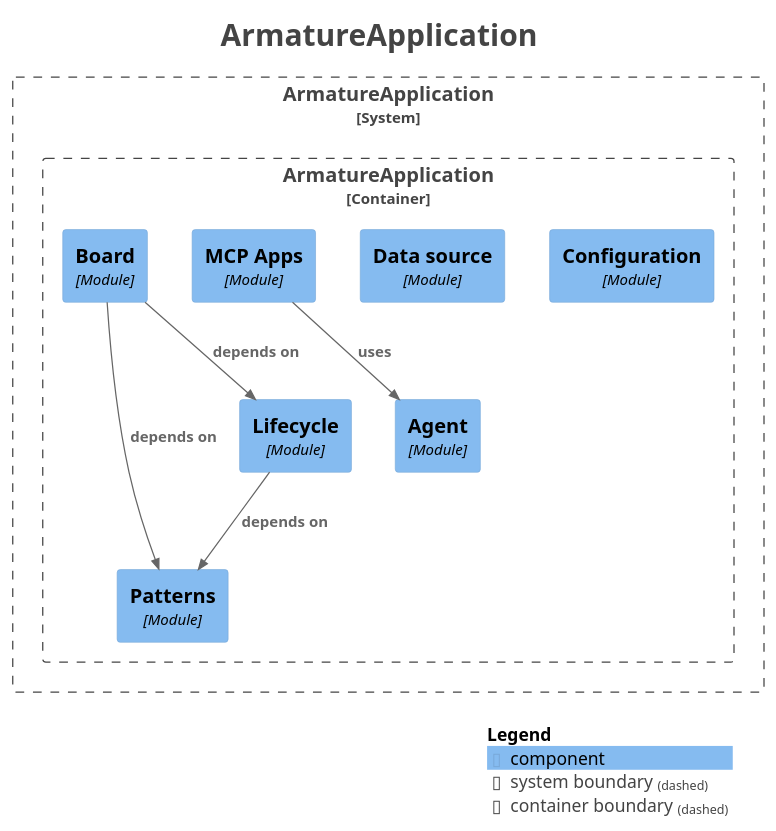
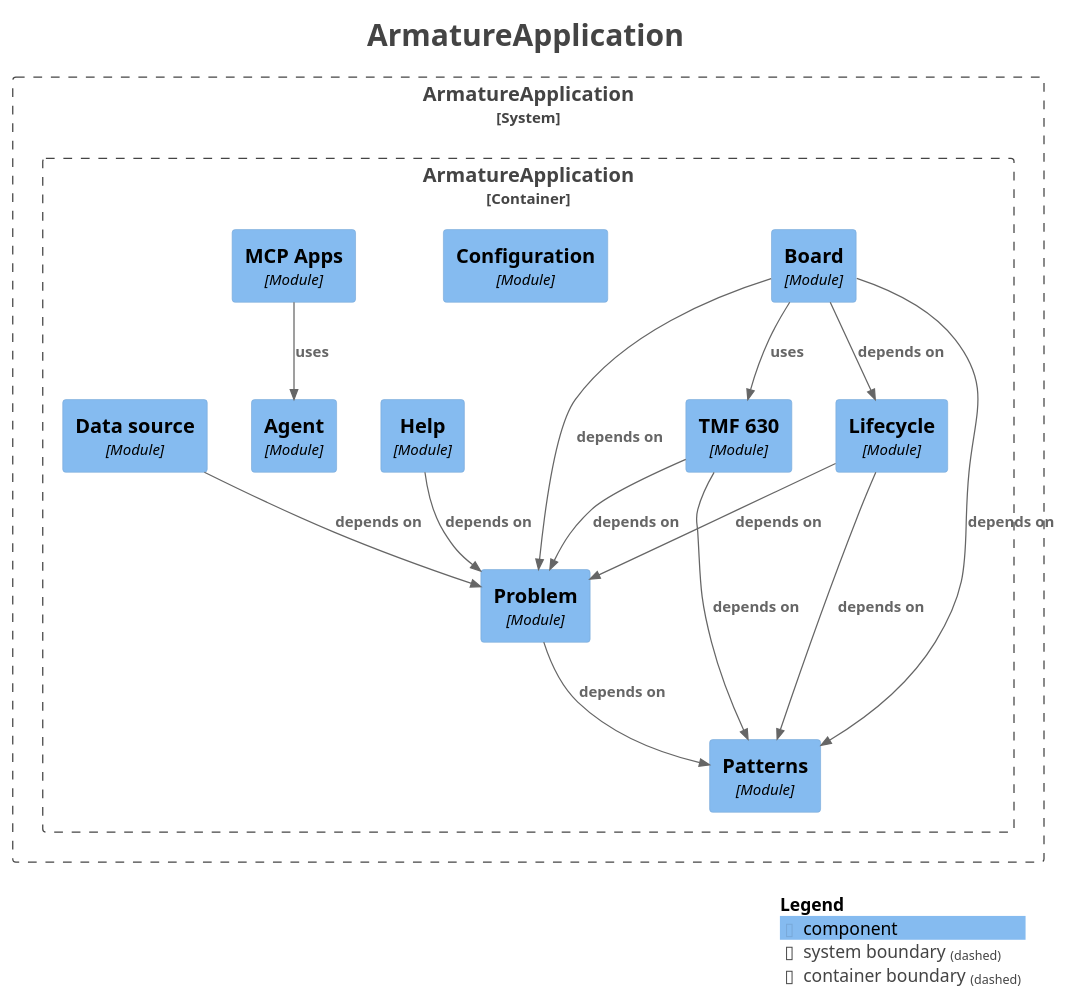
One commit to jayhamilton/armature changed the diagram in docs/architecture/modules/components.puml. Above: the diagram before and after it, drawn with PlantUML. The commit also changed 41 other files, not shown here.

Commit message:
Document INC-01a: conformance, patterns, diagrams, skills, report

```diff
--- a/docs/architecture/modules/components.puml
+++ b/docs/architecture/modules/components.puml
@@ -1,38 +1,49 @@
 @startuml
 title <size:24>ArmatureApplication</size>
 
 set separator none
 top to bottom direction
 
 <style>
   root {
     BackgroundColor: #ffffff
     FontColor: #444444
   }
 </style>
 
 !include <C4/C4>
 !include <C4/C4_Context>
 !include <C4/C4_Component>
 
 System_Boundary("ArmatureApplication_boundary", "ArmatureApplication", $tags="") {
   Container_Boundary("ArmatureApplication.ArmatureApplication_boundary", "ArmatureApplication", $tags="") {
+    Component(ArmatureApplication.ArmatureApplication.Lifecycle, "Lifecycle", $techn="Module", $descr="", $tags="", $link="")
+    Component(ArmatureApplication.ArmatureApplication.TMF630, "TMF 630", $techn="Module", $descr="", $tags="", $link="")
+    Component(ArmatureApplication.ArmatureApplication.Board, "Board", $techn="Module", $descr="", $tags="", $link="")
     Component(ArmatureApplication.ArmatureApplication.Agent, "Agent", $techn="Module", $descr="", $tags="", $link="")
     Component(ArmatureApplication.ArmatureApplication.Configuration, "Configuration", $techn="Module", $descr="", $tags="", $link="")
+    Component(ArmatureApplication.ArmatureApplication.Patterns, "Patterns", $techn="Module", $descr="", $tags="", $link="")
+    Component(ArmatureApplication.ArmatureApplication.MCPApps, "MCP Apps", $techn="Module", $descr="", $tags="", $link="")
+    Component(ArmatureApplication.ArmatureApplication.Problem, "Problem", $techn="Module", $descr="", $tags="", $link="")
     Component(ArmatureApplication.ArmatureApplication.Datasource, "Data source", $techn="Module", $descr="", $tags="", $link="")
-    Component(ArmatureApplication.ArmatureApplication.Patterns, "Patterns", $techn="Module", $descr="", $tags="", $link="")
-    Component(ArmatureApplication.ArmatureApplication.Lifecycle, "Lifecycle", $techn="Module", $descr="", $tags="", $link="")
-    Component(ArmatureApplication.ArmatureApplication.MCPApps, "MCP Apps", $techn="Module", $descr="", $tags="", $link="")
-    Component(ArmatureApplication.ArmatureApplication.Board, "Board", $techn="Module", $descr="", $tags="", $link="")
+    Component(ArmatureApplication.ArmatureApplication.Help, "Help", $techn="Module", $descr="", $tags="", $link="")
   }
 
 }
 
 Rel(ArmatureApplication.ArmatureApplication.Board, ArmatureApplication.ArmatureApplication.Lifecycle, "depends on", $techn="", $tags="", $link="")
 Rel(ArmatureApplication.ArmatureApplication.Board, ArmatureApplication.ArmatureApplication.Patterns, "depends on", $techn="", $tags="", $link="")
+Rel(ArmatureApplication.ArmatureApplication.Board, ArmatureApplication.ArmatureApplication.Problem, "depends on", $techn="", $tags="", $link="")
+Rel(ArmatureApplication.ArmatureApplication.Board, ArmatureApplication.ArmatureApplication.TMF630, "uses", $techn="", $tags="", $link="")
+Rel(ArmatureApplication.ArmatureApplication.Datasource, ArmatureApplication.ArmatureApplication.Problem, "depends on", $techn="", $tags="", $link="")
+Rel(ArmatureApplication.ArmatureApplication.Help, ArmatureApplication.ArmatureApplication.Problem, "depends on", $techn="", $tags="", $link="")
 Rel(ArmatureApplication.ArmatureApplication.Lifecycle, ArmatureApplication.ArmatureApplication.Patterns, "depends on", $techn="", $tags="", $link="")
+Rel(ArmatureApplication.ArmatureApplication.Lifecycle, ArmatureApplication.ArmatureApplication.Problem, "depends on", $techn="", $tags="", $link="")
 Rel(ArmatureApplication.ArmatureApplication.MCPApps, ArmatureApplication.ArmatureApplication.Agent, "uses", $techn="", $tags="", $link="")
+Rel(ArmatureApplication.ArmatureApplication.Problem, ArmatureApplication.ArmatureApplication.Patterns, "depends on", $techn="", $tags="", $link="")
+Rel(ArmatureApplication.ArmatureApplication.TMF630, ArmatureApplication.ArmatureApplication.Patterns, "depends on", $techn="", $tags="", $link="")
+Rel(ArmatureApplication.ArmatureApplication.TMF630, ArmatureApplication.ArmatureApplication.Problem, "depends on", $techn="", $tags="", $link="")
 
 SHOW_LEGEND(true)
 hide stereotypes
 @enduml
```
